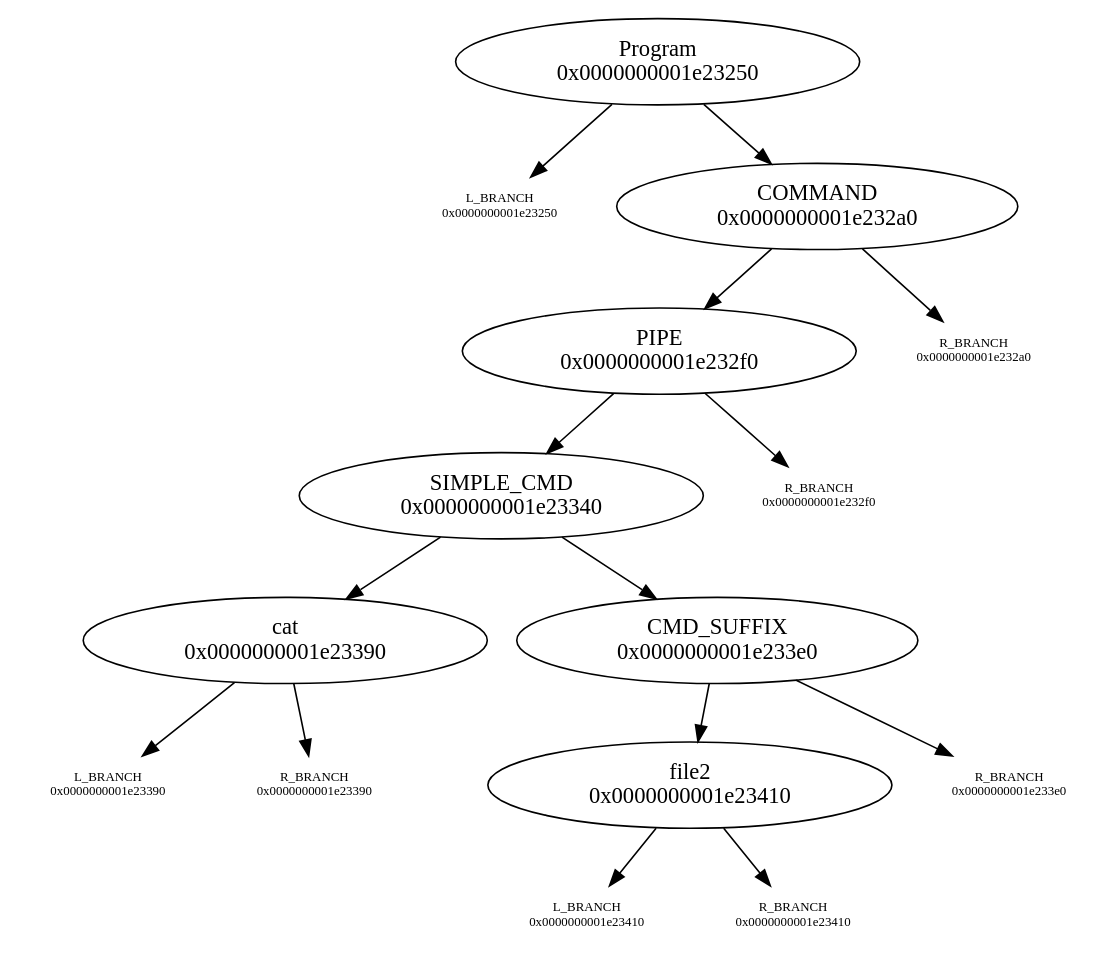
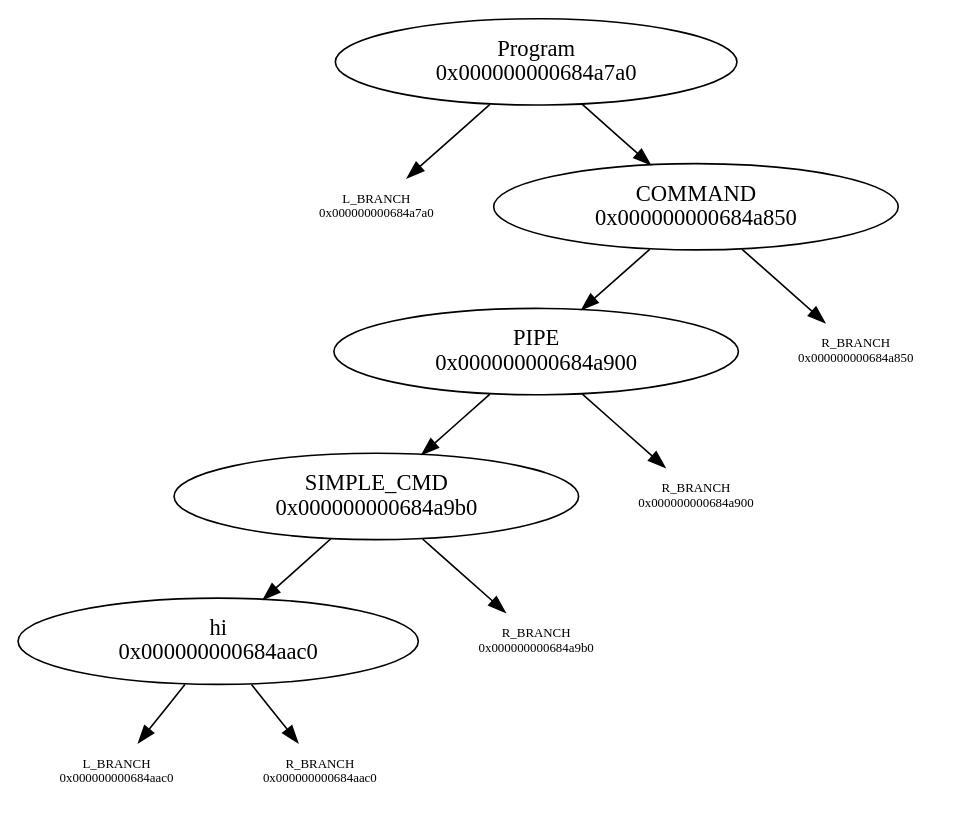
The diagram in graph.dot (N-4-Nina/Minishell), drawn with Graphviz before and after one commit. The commit also changed 18 other files, not shown here.

```diff
--- a/graph.dot
+++ b/graph.dot
@@ -1,25 +1,19 @@
 digraph graphname {
-"Program\n0x0000000001e23250" -> "L_BRANCH\n0x0000000001e23250";
-"L_BRANCH\n0x0000000001e23250" [shape=none fontsize=8]
-"Program\n0x0000000001e23250" -> "COMMAND\n0x0000000001e232a0";
-"COMMAND\n0x0000000001e232a0" -> "PIPE\n0x0000000001e232f0";
-"COMMAND\n0x0000000001e232a0" -> "R_BRANCH\n0x0000000001e232a0";
-"R_BRANCH\n0x0000000001e232a0" [shape=none fontsize=8]
-"PIPE\n0x0000000001e232f0" -> "SIMPLE_CMD\n0x0000000001e23340";
-"PIPE\n0x0000000001e232f0" -> "R_BRANCH\n0x0000000001e232f0";
-"R_BRANCH\n0x0000000001e232f0" [shape=none fontsize=8]
-"SIMPLE_CMD\n0x0000000001e23340" -> "cat\n0x0000000001e23390";
-"SIMPLE_CMD\n0x0000000001e23340" -> "CMD_SUFFIX\n0x0000000001e233e0";
-"cat\n0x0000000001e23390" -> "L_BRANCH\n0x0000000001e23390";
-"L_BRANCH\n0x0000000001e23390" [shape=none fontsize=8]
-"cat\n0x0000000001e23390" -> "R_BRANCH\n0x0000000001e23390";
-"R_BRANCH\n0x0000000001e23390" [shape=none fontsize=8]
-"CMD_SUFFIX\n0x0000000001e233e0" -> "file2\n0x0000000001e23410";
-"CMD_SUFFIX\n0x0000000001e233e0" -> "R_BRANCH\n0x0000000001e233e0";
-"R_BRANCH\n0x0000000001e233e0" [shape=none fontsize=8]
-"file2\n0x0000000001e23410" -> "L_BRANCH\n0x0000000001e23410";
-"L_BRANCH\n0x0000000001e23410" [shape=none fontsize=8]
-"file2\n0x0000000001e23410" -> "R_BRANCH\n0x0000000001e23410";
-"R_BRANCH\n0x0000000001e23410" [shape=none fontsize=8]
+"Program\n0x000000000684a7a0" -> "L_BRANCH\n0x000000000684a7a0";
+"L_BRANCH\n0x000000000684a7a0" [shape=none fontsize=8]
+"Program\n0x000000000684a7a0" -> "COMMAND\n0x000000000684a850";
+"COMMAND\n0x000000000684a850" -> "PIPE\n0x000000000684a900";
+"COMMAND\n0x000000000684a850" -> "R_BRANCH\n0x000000000684a850";
+"R_BRANCH\n0x000000000684a850" [shape=none fontsize=8]
+"PIPE\n0x000000000684a900" -> "SIMPLE_CMD\n0x000000000684a9b0";
+"PIPE\n0x000000000684a900" -> "R_BRANCH\n0x000000000684a900";
+"R_BRANCH\n0x000000000684a900" [shape=none fontsize=8]
+"SIMPLE_CMD\n0x000000000684a9b0" -> "hi\n0x000000000684aac0";
+"SIMPLE_CMD\n0x000000000684a9b0" -> "R_BRANCH\n0x000000000684a9b0";
+"R_BRANCH\n0x000000000684a9b0" [shape=none fontsize=8]
+"hi\n0x000000000684aac0" -> "L_BRANCH\n0x000000000684aac0";
+"L_BRANCH\n0x000000000684aac0" [shape=none fontsize=8]
+"hi\n0x000000000684aac0" -> "R_BRANCH\n0x000000000684aac0";
+"R_BRANCH\n0x000000000684aac0" [shape=none fontsize=8]
 
 }
```
